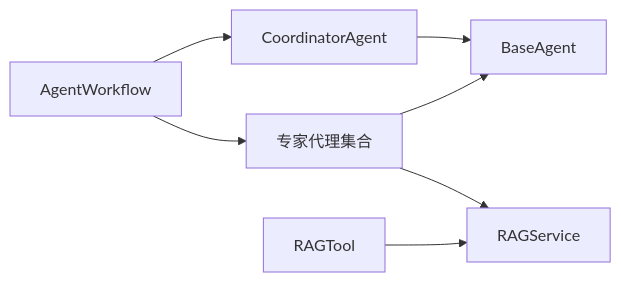
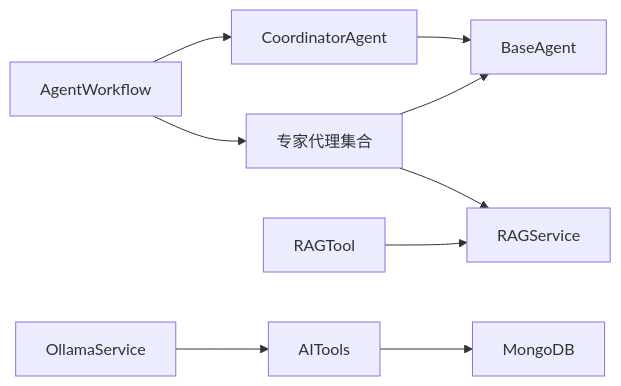
One commit to iammm0/advanced-rag changed diagram 11 of 11 in .qoder/repowiki/zh/content/核心功能模块/AI代理系统/AI代理系统.md. Above: the diagram before and after it, drawn with Mermaid. The commit also changed other lines of this file and 5 other files, not shown here.

````diff
--- a/.qoder/repowiki/zh/content/核心功能模块/AI代理系统/AI代理系统.md
+++ b/.qoder/repowiki/zh/content/核心功能模块/AI代理系统/AI代理系统.md
@@ -386,9 +521,11 @@
 ```mermaid
 graph LR
 WF["AgentWorkflow"] --> COORD["CoordinatorAgent"]
 WF --> EXP["专家代理集合"]
 EXP --> BASE["BaseAgent"]
 EXP --> RAG["RAGService"]
 COORD --> BASE
 TOOL["RAGTool"] --> RAG
+AITOOLS["AITools"] --> DB["MongoDB"]
+OLLAMA["OllamaService"] --> AITOOLS
 ```
````
